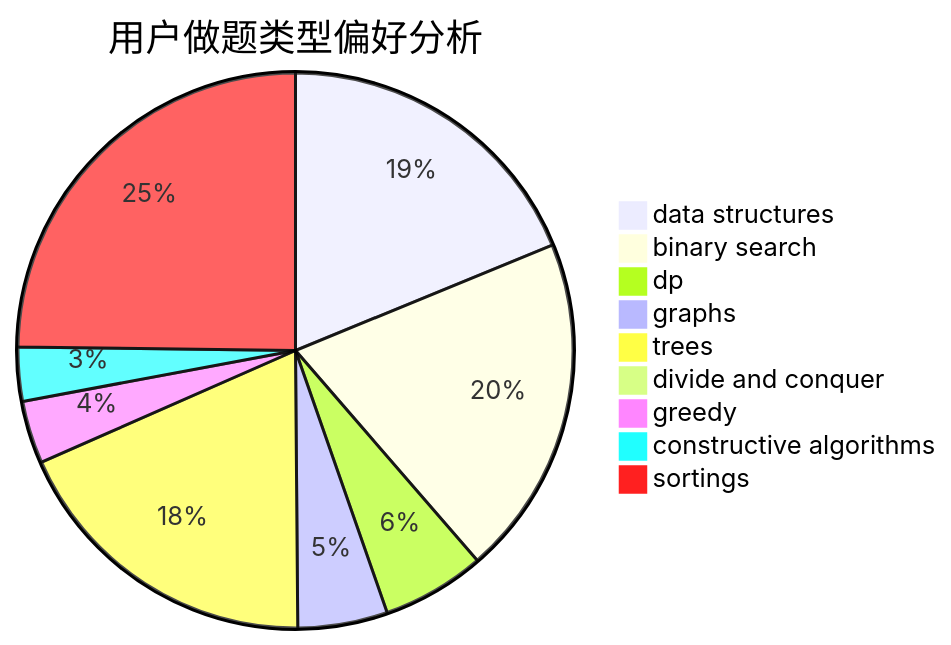
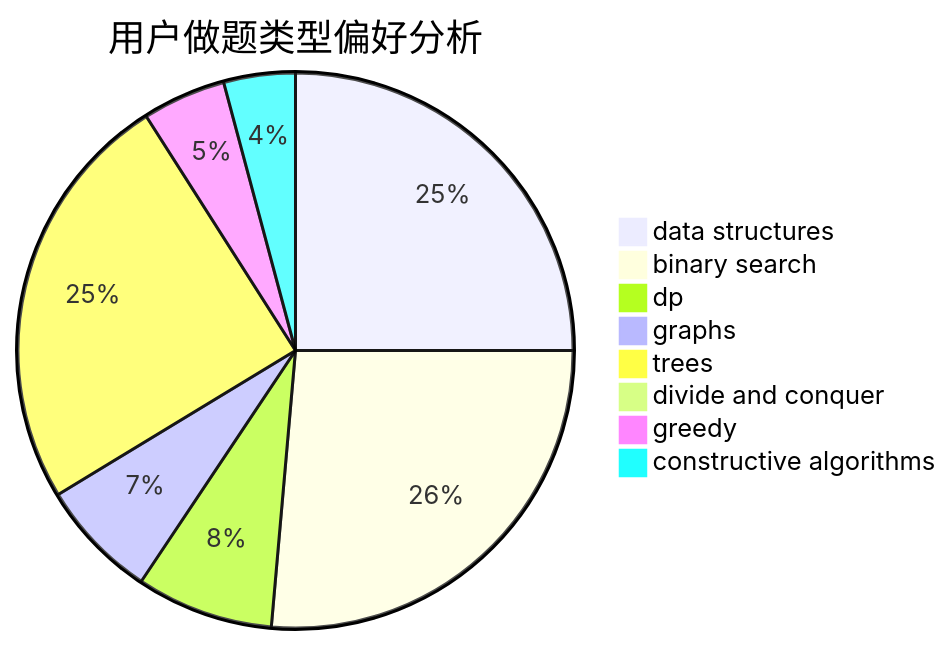
Before and after one commit to sherpahu/cfrs.github.io: the second of 3 diagrams in docs/user/u2036.md, drawn with Mermaid. The commit also changed other lines of this file and 2769 other files, not shown here.

````diff
--- a/docs/user/u2036.md
+++ b/docs/user/u2036.md
@@ -18,12 +18,11 @@
 ```mermaid
 pie title 用户做题类型偏好分析
     "data structures" :  72
     "binary search" :  76
     "dp" :  23
     "graphs" :  20
     "trees" :  71
     "divide and conquer" :  1
     "greedy" :  14
     "constructive algorithms" :  12
-    "sortings" :  95
 ```
````
